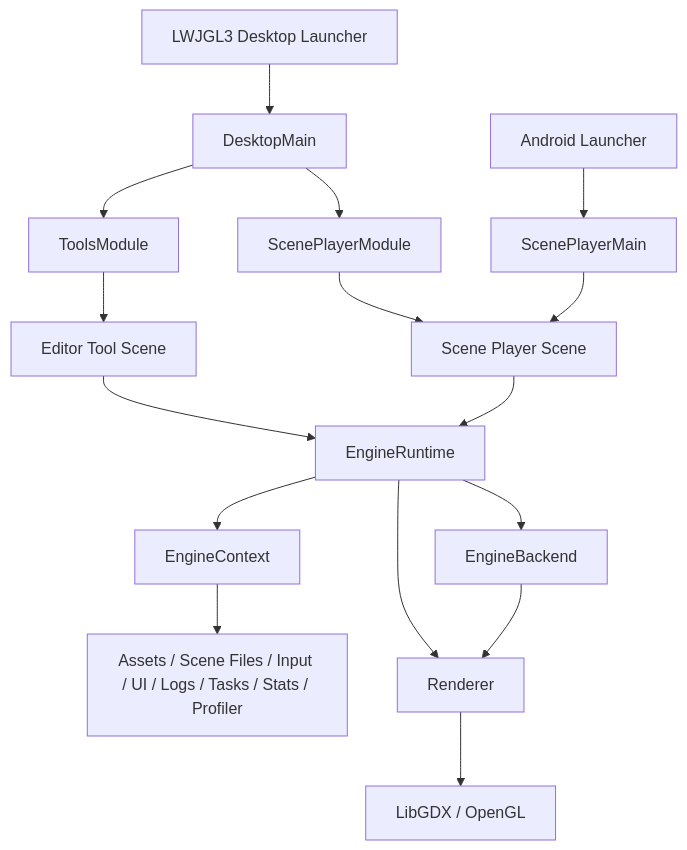
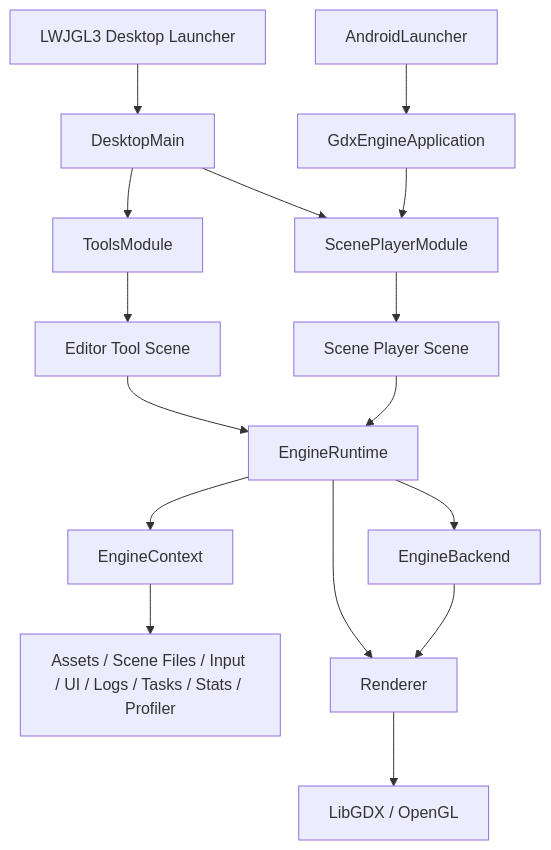
The second of 2 diagrams in README.md (Dmytro-Pashko/KRender), drawn with Mermaid before and after one commit. The commit also changed other lines of this file and 9 other files, not shown here.

Commit message:
Final engine:backend-gdx module split cleanup.

````diff
--- a/README.md
+++ b/README.md
@@ -119,21 +119,22 @@
 ```mermaid
 flowchart TD
     Desktop["LWJGL3 Desktop Launcher"] --> DesktopMain["DesktopMain"]
     DesktopMain --> ToolsModule["ToolsModule"]
     DesktopMain --> ScenePlayerModule["ScenePlayerModule"]
-    Android["Android Launcher"] --> ScenePlayerMain["ScenePlayerMain"]
+
+    AndroidLauncher["AndroidLauncher"] --> GdxApp["GdxEngineApplication"]
+    GdxApp --> ScenePlayerModule
+    ScenePlayerModule --> PlayerScene["Scene Player Scene"]
 
     ToolsModule --> ToolScene["Editor Tool Scene"]
-    ScenePlayerModule --> PlayerScene["Scene Player Scene"]
-    ScenePlayerMain --> PlayerScene
 
     ToolScene --> Runtime["EngineRuntime"]
     PlayerScene --> Runtime
 
     Runtime --> Context["EngineContext"]
     Runtime --> Backend["EngineBackend"]
     Context --> Services["Assets / Scene Files / Input / UI / Logs / Tasks / Stats / Profiler"]
     Runtime --> Renderer["Renderer"]
     Backend --> Renderer
     Renderer --> Gdx["LibGDX / OpenGL"]
 ```
````
